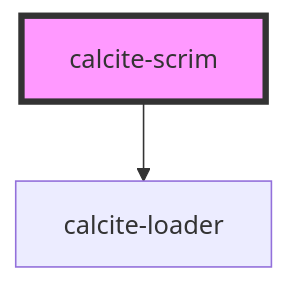
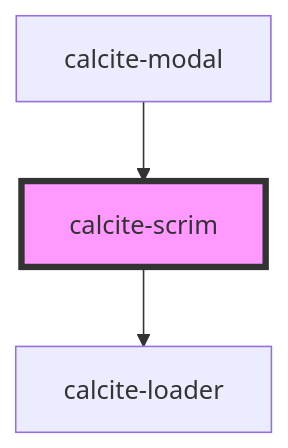
The diagram in src/components/calcite-scrim/readme.md (vikivakarvc/calcite-design-system), drawn with Mermaid before and after one commit. The commit also changed other lines of this file and 7 other files, not shown here.

````diff
--- a/src/components/calcite-scrim/readme.md
+++ b/src/components/calcite-scrim/readme.md
@@ -19,5 +58,6 @@
 ```mermaid
 graph TD;
   calcite-scrim --> calcite-loader
+  calcite-modal --> calcite-scrim
   style calcite-scrim fill:#f9f,stroke:#333,stroke-width:4px
 ```
````
